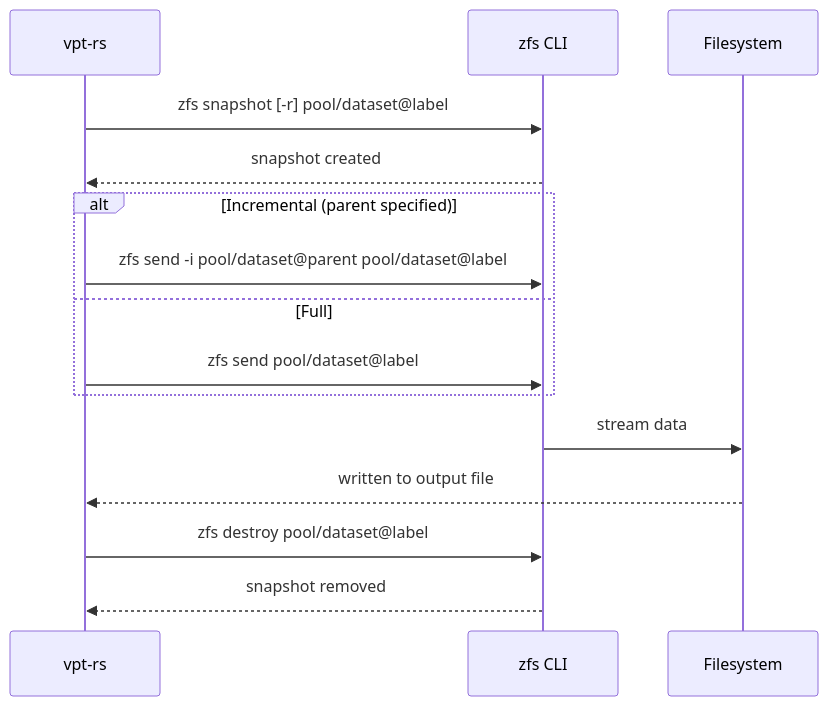
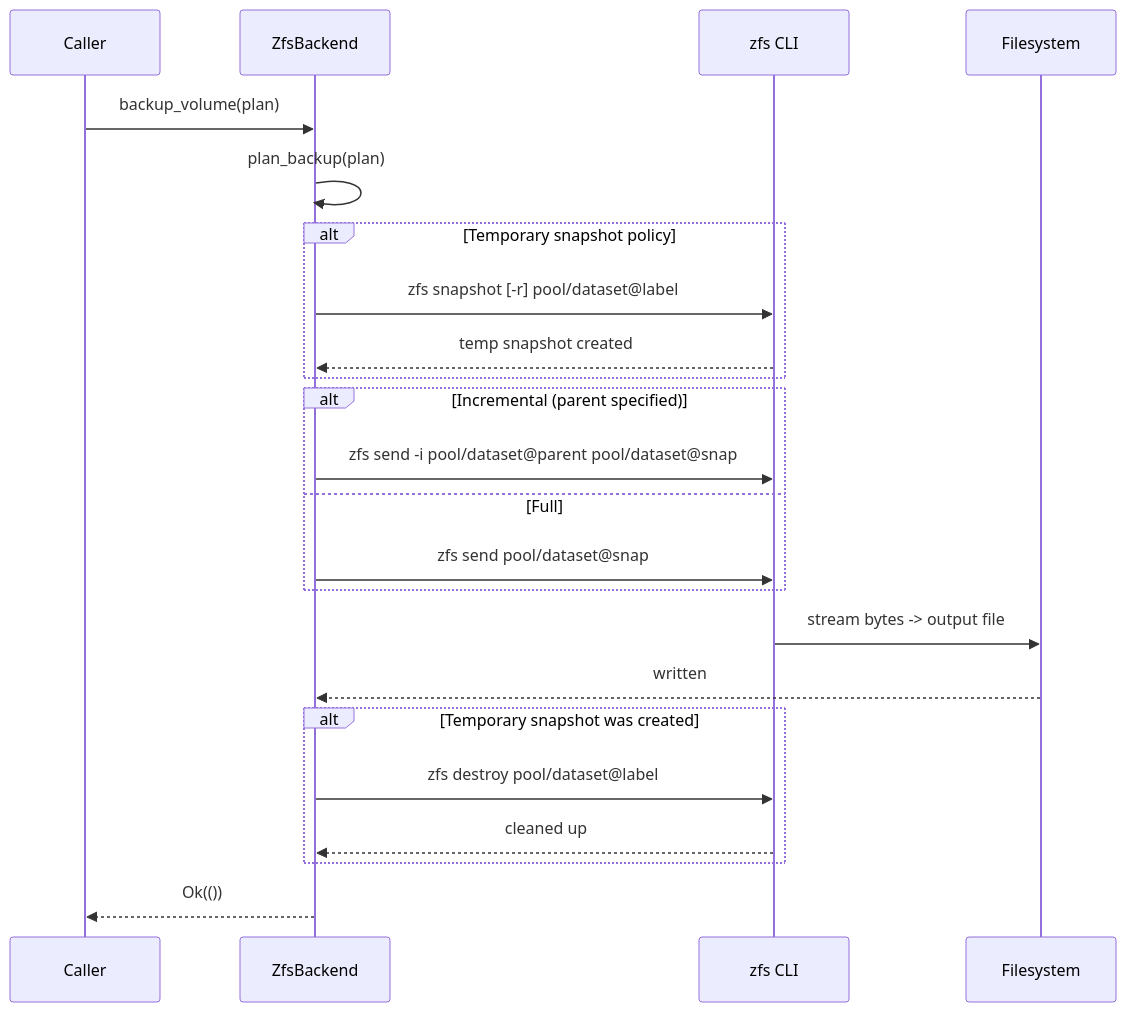
One commit to XUranus/vpt-rs changed the third of 5 diagrams in wiki/docs/providers/zfs.md. Above: the diagram before and after it, drawn with Mermaid. The commit also changed other lines of this file and 52 other files, not shown here.

First line of the commit message:
Enhance wiki: mermaid rendering, detailed content, i18n (zh-Hans)

````diff
--- a/wiki/docs/providers/zfs.md
+++ b/wiki/docs/providers/zfs.md
@@ -152,21 +461,31 @@
 ```mermaid
 sequenceDiagram
-    participant App as vpt-rs
+    participant Caller
+    participant Backend as ZfsBackend
     participant ZFS as zfs CLI
     participant FS as Filesystem
 
-    App->>ZFS: zfs snapshot [-r] pool/dataset@label
-    ZFS-->>App: snapshot created
+    Caller->>Backend: backup_volume(plan)
+    Backend->>Backend: plan_backup(plan)
+
+    alt Temporary snapshot policy
+        Backend->>ZFS: zfs snapshot [-r] pool/dataset@label
+        ZFS-->>Backend: temp snapshot created
+    end
 
     alt Incremental (parent specified)
-        App->>ZFS: zfs send -i pool/dataset@parent pool/dataset@label
+        Backend->>ZFS: zfs send -i pool/dataset@parent pool/dataset@snap
     else Full
-        App->>ZFS: zfs send pool/dataset@label
+        Backend->>ZFS: zfs send pool/dataset@snap
     end
 
-    ZFS->>FS: stream data
-    FS-->>App: written to output file
+    ZFS->>FS: stream bytes -> output file
+    FS-->>Backend: written
 
-    App->>ZFS: zfs destroy pool/dataset@label
-    ZFS-->>App: snapshot removed
+    alt Temporary snapshot was created
+        Backend->>ZFS: zfs destroy pool/dataset@label
+        ZFS-->>Backend: cleaned up
+    end
+
+    Backend-->>Caller: Ok(())
 ```
````
